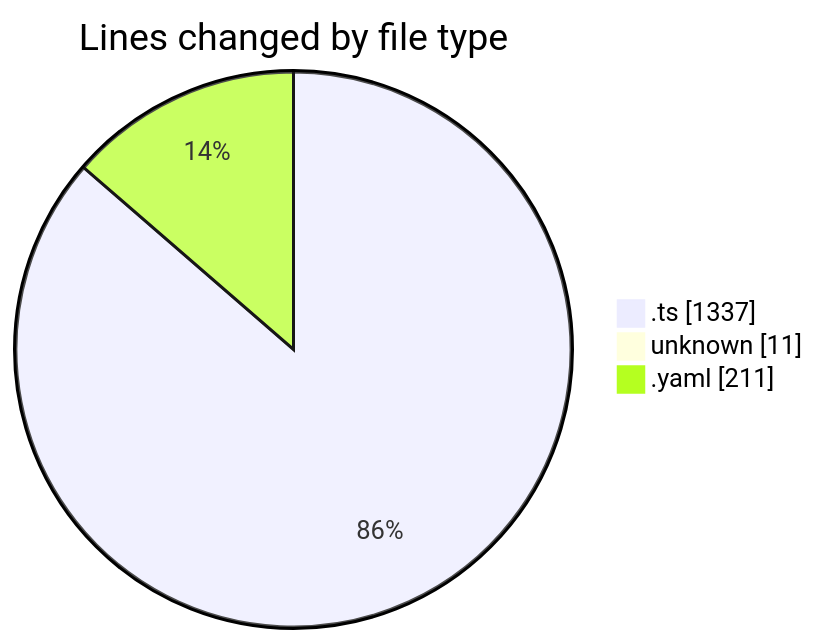
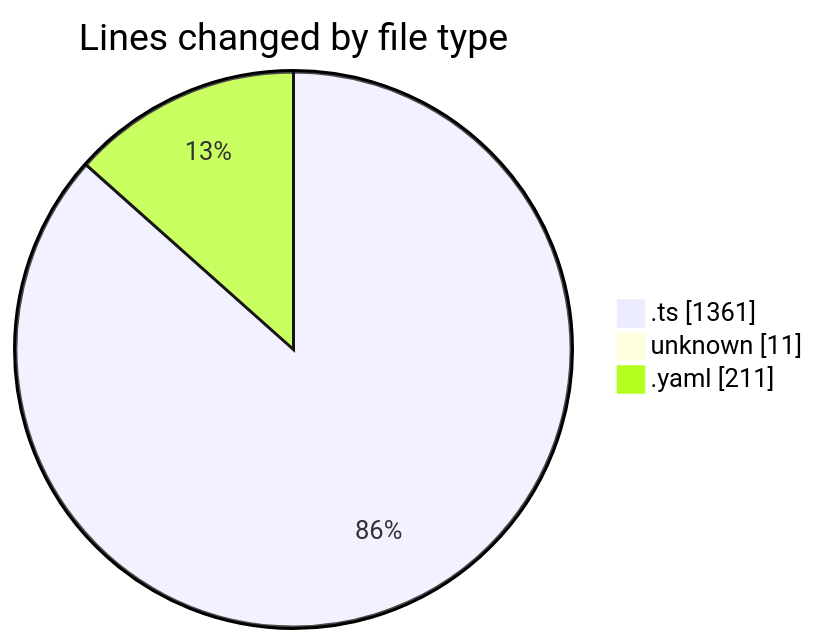
Before and after one commit to mevix1/code-tracking: the first of 2 diagrams in 2025-10-01/oura-api/README.md, drawn with Mermaid. The commit also changed other lines of this file and 1 other file, not shown here.

````diff
--- a/2025-10-01/oura-api/README.md
+++ b/2025-10-01/oura-api/README.md
@@ -30,7 +33,7 @@
 ```mermaid
 pie showData
 title Lines changed by file type
-".ts" : 1337
+".ts" : 1361
 "unknown" : 11
 ".yaml" : 211
 ```
````
